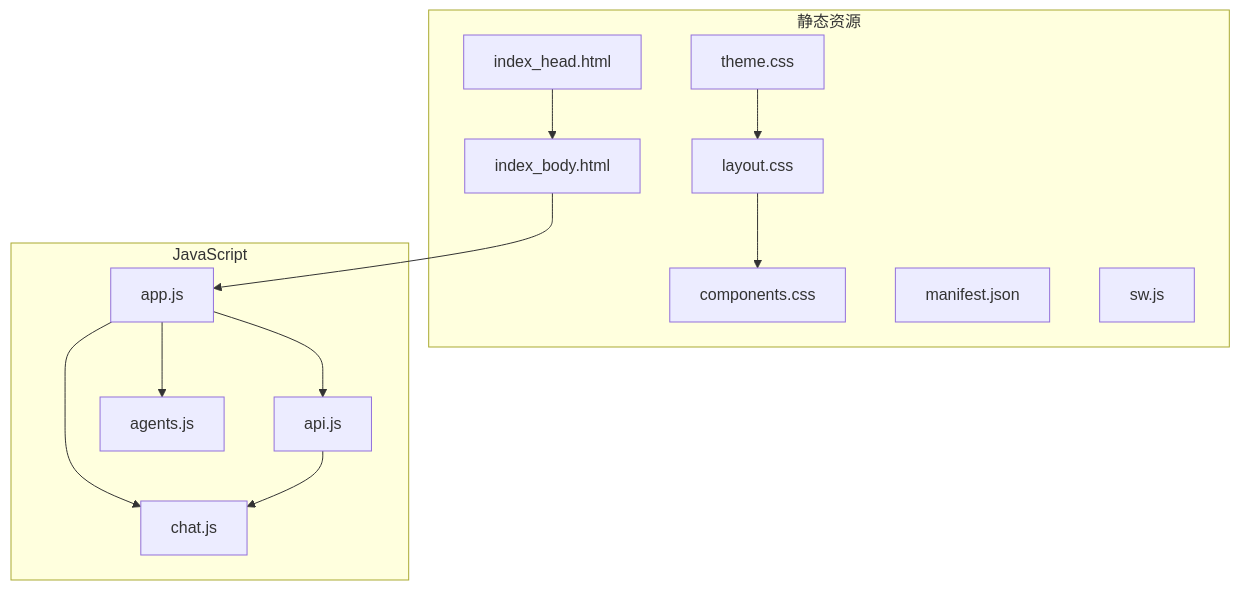
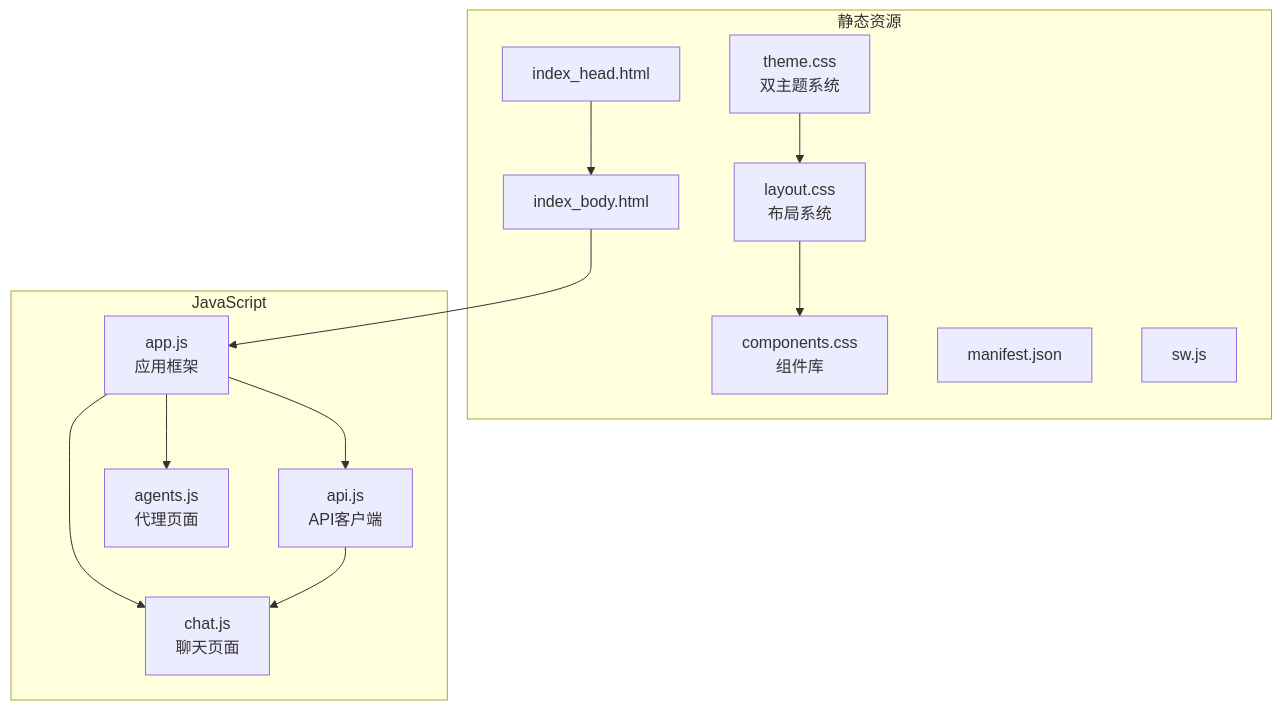
One commit to hexiaowen-bot/openfang changed the first of 4 diagrams in .qoder/repowiki/zh/content/核心模块详解/API 服务器 (openfang-api)/Web 聊天界面.md. Above: the diagram before and after it, drawn with Mermaid. The commit also changed other lines of this file and 31 other files, not shown here.

````diff
--- a/.qoder/repowiki/zh/content/核心模块详解/API 服务器 (openfang-api)/Web 聊天界面.md
+++ b/.qoder/repowiki/zh/content/核心模块详解/API 服务器 (openfang-api)/Web 聊天界面.md
@@ -37,26 +38,26 @@
 ```mermaid
 graph TB
 subgraph "静态资源"
 IH["index_head.html"]
 IB["index_body.html"]
-CSS1["theme.css"]
-CSS2["layout.css"]
-CSS3["components.css"]
+CSS1["theme.css<br/>双主题系统"]
+CSS2["layout.css<br/>布局系统"]
+CSS3["components.css<br/>组件库"]
 MAN["manifest.json"]
 SW["sw.js"]
 end
 subgraph "JavaScript"
-APP["app.js"]
-API["api.js"]
-CHAT["chat.js"]
-AGENTS["agents.js"]
+APP["app.js<br/>应用框架"]
+API["api.js<br/>API客户端"]
+CHAT["chat.js<br/>聊天页面"]
+AGENTS["agents.js<br/>代理页面"]
 end
 IH --> IB
 CSS1 --> CSS2
 CSS2 --> CSS3
 IB --> APP
 APP --> API
 APP --> CHAT
 APP --> AGENTS
 API --> CHAT
 ```
````
